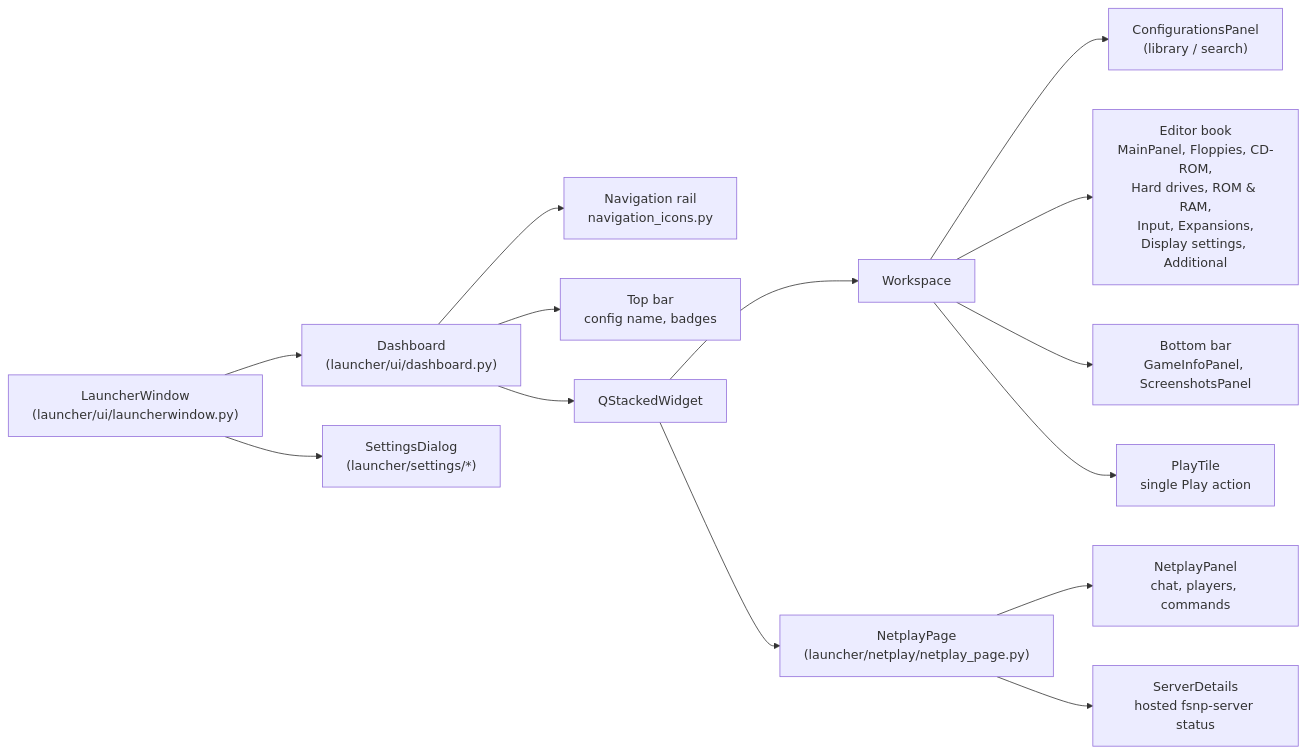
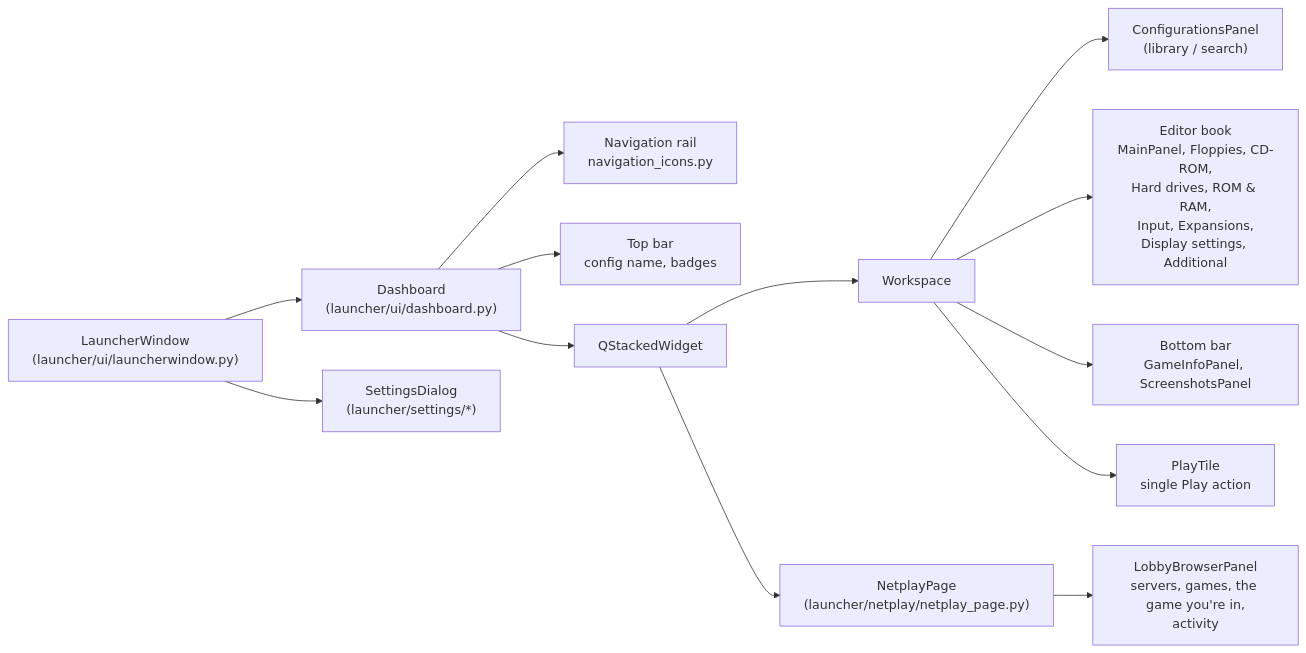
The third of 5 diagrams in docs/architecture.md (pdabel/fs-uae-launcher), drawn with Mermaid before and after one commit. The commit also changed other lines of this file and 68 other files, not shown here.

````diff
--- a/docs/architecture.md
+++ b/docs/architecture.md
@@ -138,17 +137,16 @@
 ```mermaid
 flowchart LR
     LW["LauncherWindow<br/>(launcher/ui/launcherwindow.py)"]
     LW --> DB["Dashboard<br/>(launcher/ui/dashboard.py)"]
     DB --> NAV["Navigation rail<br/>navigation_icons.py"]
     DB --> TOP["Top bar<br/>config name, badges"]
     DB --> STACK["QStackedWidget"]
     STACK --> WS["Workspace"]
     STACK --> NP["NetplayPage<br/>(launcher/netplay/netplay_page.py)"]
     WS --> LIB["ConfigurationsPanel<br/>(library / search)"]
     WS --> ED["Editor book<br/>MainPanel, Floppies, CD-ROM,<br/>Hard drives, ROM & RAM,<br/>Input, Expansions,<br/>Display settings, Additional"]
     WS --> MEDIA["Bottom bar<br/>GameInfoPanel, ScreenshotsPanel"]
     WS --> PLAY["PlayTile<br/>single Play action"]
-    NP --> PANEL["NetplayPanel<br/>chat, players, commands"]
-    NP --> SD["ServerDetails<br/>hosted fsnp-server status"]
+    NP --> PANEL["LobbyBrowserPanel<br/>servers, games, the game you're in,<br/>activity"]
     LW --> SET["SettingsDialog<br/>(launcher/settings/*)"]
 ```
````
